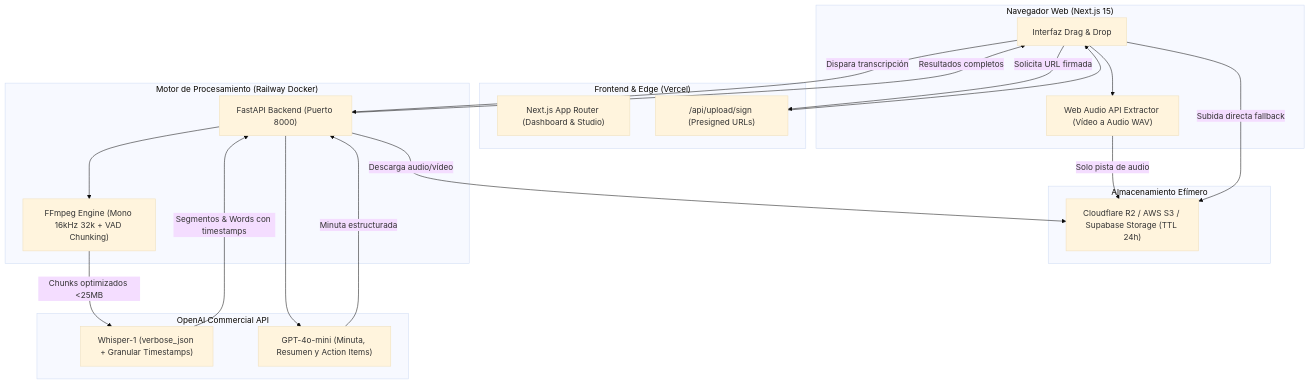
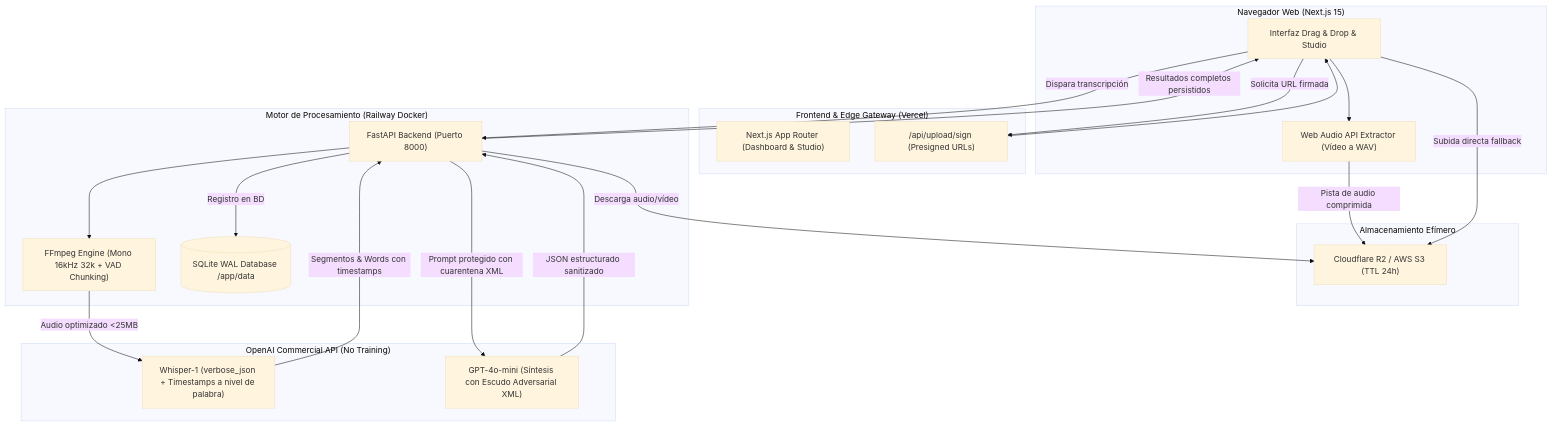
The diagram in README.md (moimene/transcriptor-enterprise), drawn with Mermaid (base theme) before and after one commit. The commit also changed other lines of this file and 10 other files, not shown here.

Commit message:
docs(archify): publish canonical 5-diagram architecture suite and update README with showcase links

````diff
--- a/README.md
+++ b/README.md
@@ -35,40 +73,42 @@
 ```mermaid
 flowchart TD
     subgraph Cliente ["Navegador Web (Next.js 15)"]
-        UI["Interfaz Drag & Drop"]
-        WASM["Web Audio API Extractor (Vídeo a Audio WAV)"]
+        UI["Interfaz Drag & Drop & Studio"]
+        WASM["Web Audio API Extractor (Vídeo a WAV)"]
     end
 
-    subgraph Vercel ["Frontend & Edge (Vercel)"]
+    subgraph Vercel ["Frontend & Edge Gateway (Vercel)"]
         NextApp["Next.js App Router (Dashboard & Studio)"]
         PresignRoute["/api/upload/sign (Presigned URLs)"]
     end
 
     subgraph Storage ["Almacenamiento Efímero"]
-        R2["Cloudflare R2 / AWS S3 / Supabase Storage (TTL 24h)"]
+        R2["Cloudflare R2 / AWS S3 (TTL 24h)"]
     end
 
     subgraph Railway ["Motor de Procesamiento (Railway Docker)"]
         FastAPI["FastAPI Backend (Puerto 8000)"]
         FFmpegEngine["FFmpeg Engine (Mono 16kHz 32k + VAD Chunking)"]
+        DB[(SQLite WAL Database /app/data)]
     end
 
-    subgraph OpenAI ["OpenAI Commercial API"]
-        Whisper["Whisper-1 (verbose_json + Granular Timestamps)"]
-        GPT["GPT-4o-mini (Minuta, Resumen y Action Items)"]
+    subgraph OpenAI ["OpenAI Commercial API (No Training)"]
+        Whisper["Whisper-1 (verbose_json + Timestamps a nivel de palabra)"]
+        GPT["GPT-4o-mini (Síntesis con Escudo Adversarial XML)"]
     end
 
     UI --> WASM
-    WASM -->|Solo pista de audio| R2
+    WASM -->|Pista de audio comprimida| R2
     UI -->|Subida directa fallback| R2
     UI -->|Solicita URL firmada| PresignRoute
     PresignRoute --> UI
     UI -->|Dispara transcripción| FastAPI
     FastAPI -->|Descarga audio/vídeo| R2
     FastAPI --> FFmpegEngine
-    FFmpegEngine -->|Chunks optimizados <25MB| Whisper
+    FFmpegEngine -->|Audio optimizado <25MB| Whisper
     Whisper -->|Segmentos & Words con timestamps| FastAPI
-    FastAPI --> GPT
-    GPT -->|Minuta estructurada| FastAPI
-    FastAPI -->|Resultados completos| UI
+    FastAPI -->|Registro en BD| DB
+    FastAPI -->|Prompt protegido con cuarentena XML| GPT
+    GPT -->|JSON estructurado sanitizado| FastAPI
+    FastAPI -->|Resultados completos persistidos| UI
 ```
````
